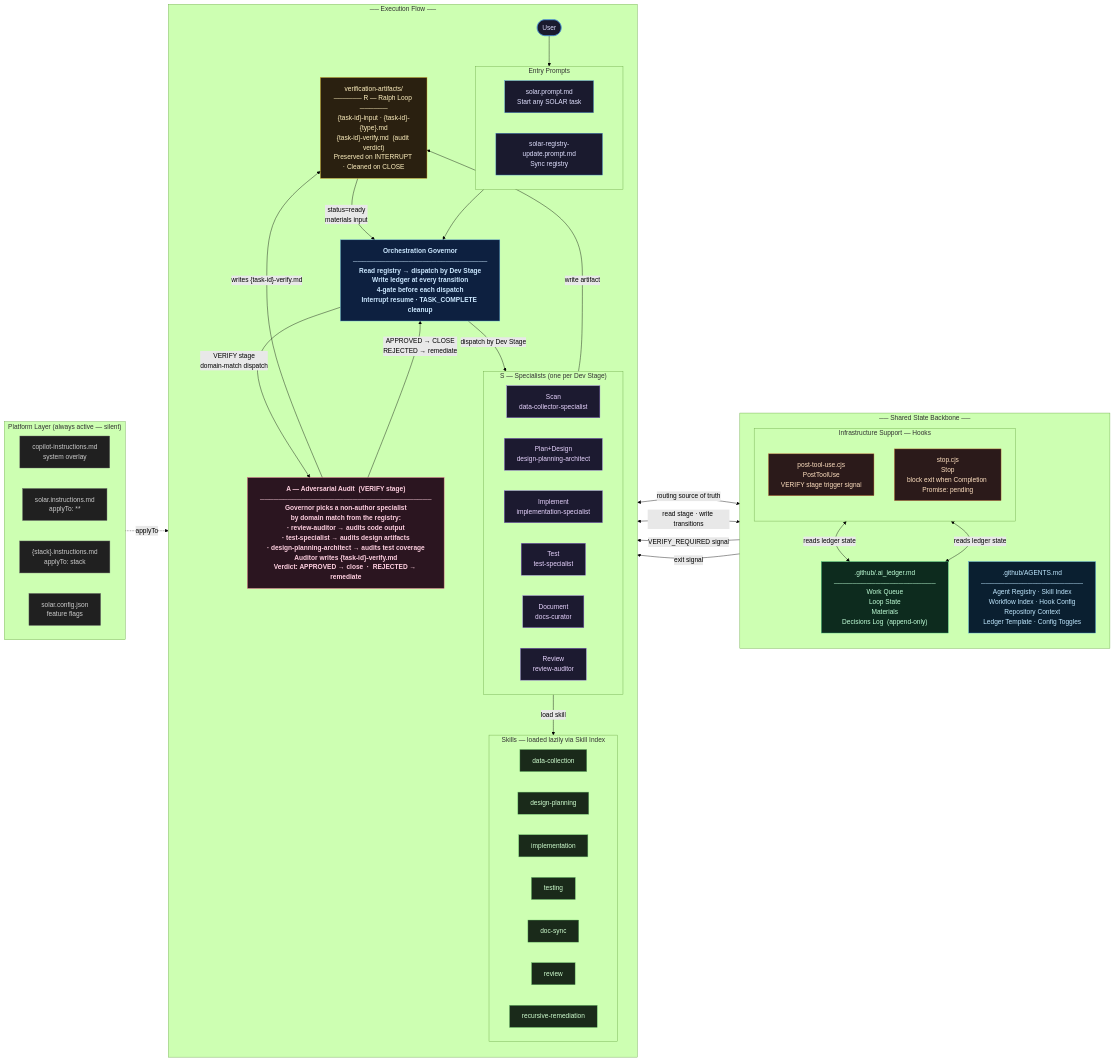
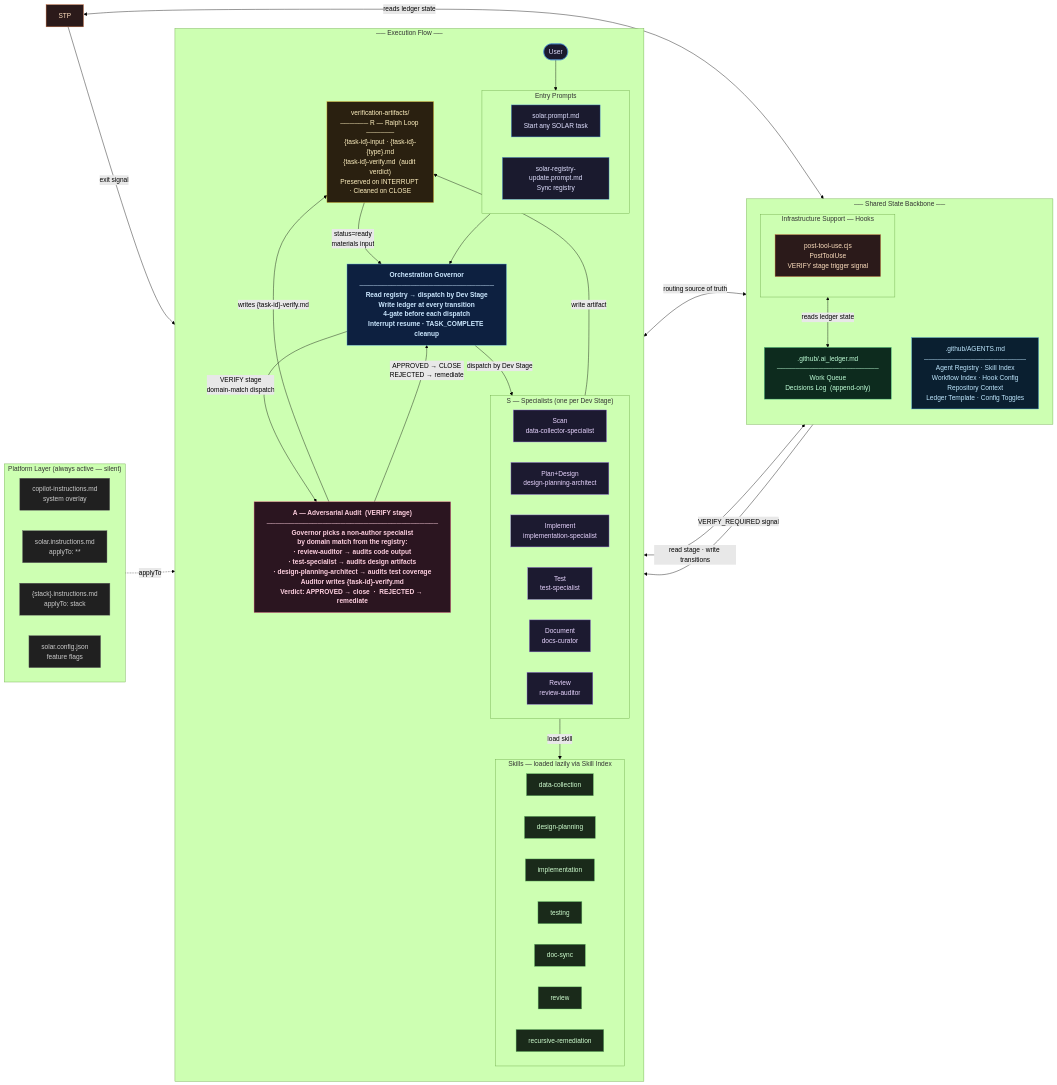
One commit to coji831/agentic-devops-solar-ralph changed the diagram in docs/solar-component-diagram.md. Above: the diagram before and after it, drawn with Mermaid (forest theme). The commit also changed 31 other files, not shown here.

```diff
--- a/docs/solar-component-diagram.md
+++ b/docs/solar-component-diagram.md
@@ -62,12 +62,11 @@
 
         AGENTSMD[".github/AGENTS.md\n──────────────────────\nAgent Registry · Skill Index\nWorkflow Index · Hook Config\nRepository Context\nLedger Template · Config Toggles"]
 
-        LEDGER[".github/.ai_ledger.md\n──────────────────────\nWork Queue\nLoop State\nMaterials\nDecisions Log  (append-only)"]
+        LEDGER[".github/.ai_ledger.md\n──────────────────────\nWork Queue\nDecisions Log  (append-only)"]
 
         subgraph HOOK_G ["Infrastructure Support — Hooks"]
             direction TB
             POST["post-tool-use.cjs\nPostToolUse\nVERIFY stage trigger signal"]
-            STP["stop.cjs\nStop\nblock exit when Completion Promise: pending"]
         end
     end
 
```
